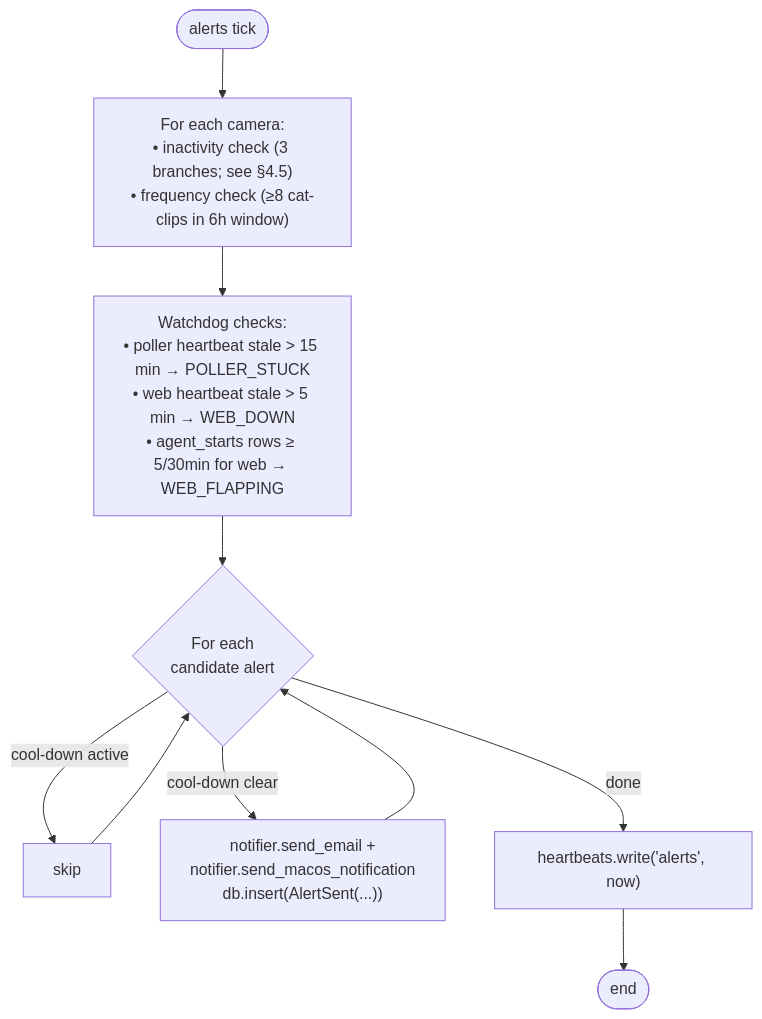
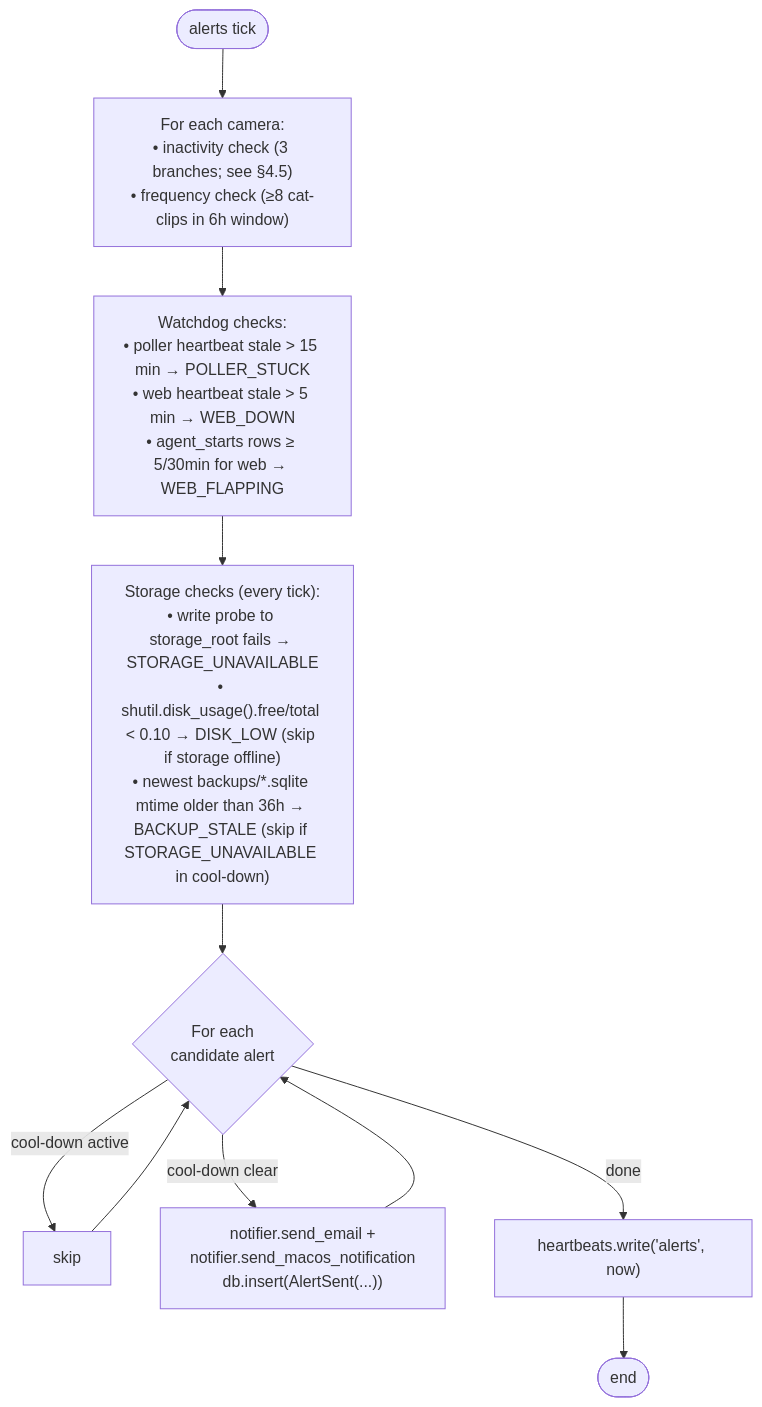
The third of 4 diagrams in docs/specs/2026-05-01-cat-watcher-design.md (rgant/cat-watcher), drawn with Mermaid before and after one commit. The commit also changed other lines of this file and 17 other files, not shown here.

````diff
--- a/docs/specs/2026-05-01-cat-watcher-design.md
+++ b/docs/specs/2026-05-01-cat-watcher-design.md
@@ -726,12 +776,13 @@
 ```mermaid
 flowchart TD
   start([alerts tick]) --> per_camera["For each camera:<br/>• inactivity check (3 branches; see §4.5)<br/>• frequency check (≥8 cat-clips in 6h window)"]
   per_camera --> watchdog["Watchdog checks:<br/>• poller heartbeat stale &gt; 15 min → POLLER_STUCK<br/>• web heartbeat stale &gt; 5 min → WEB_DOWN<br/>• agent_starts rows ≥ 5/30min for web → WEB_FLAPPING"]
-  watchdog --> per_alert{For each<br/>candidate alert}
+  watchdog --> storage["Storage checks (every tick):<br/>• write probe to storage_root fails → STORAGE_UNAVAILABLE<br/>• shutil.disk_usage().free/total &lt; 0.10 → DISK_LOW (skip if storage offline)<br/>• newest backups/*.sqlite mtime older than 36h → BACKUP_STALE (skip if STORAGE_UNAVAILABLE in cool-down)"]
+  storage --> per_alert{For each<br/>candidate alert}
   per_alert -->|cool-down active| skip[skip]
   per_alert -->|cool-down clear| send["notifier.send_email +<br/>notifier.send_macos_notification<br/>db.insert(AlertSent(...))"]
   skip --> per_alert
   send --> per_alert
   per_alert -->|done| hb["heartbeats.write('alerts', now)"]
   hb --> done([end])
 ```
````
